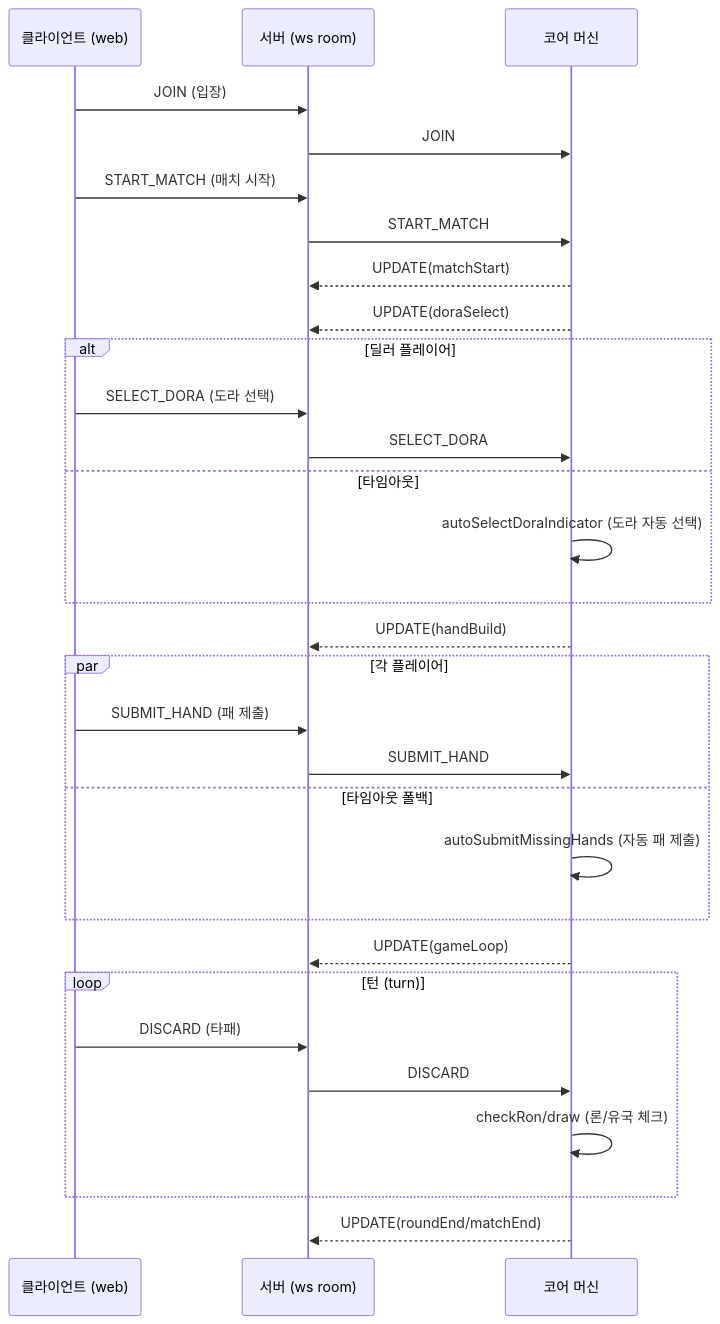
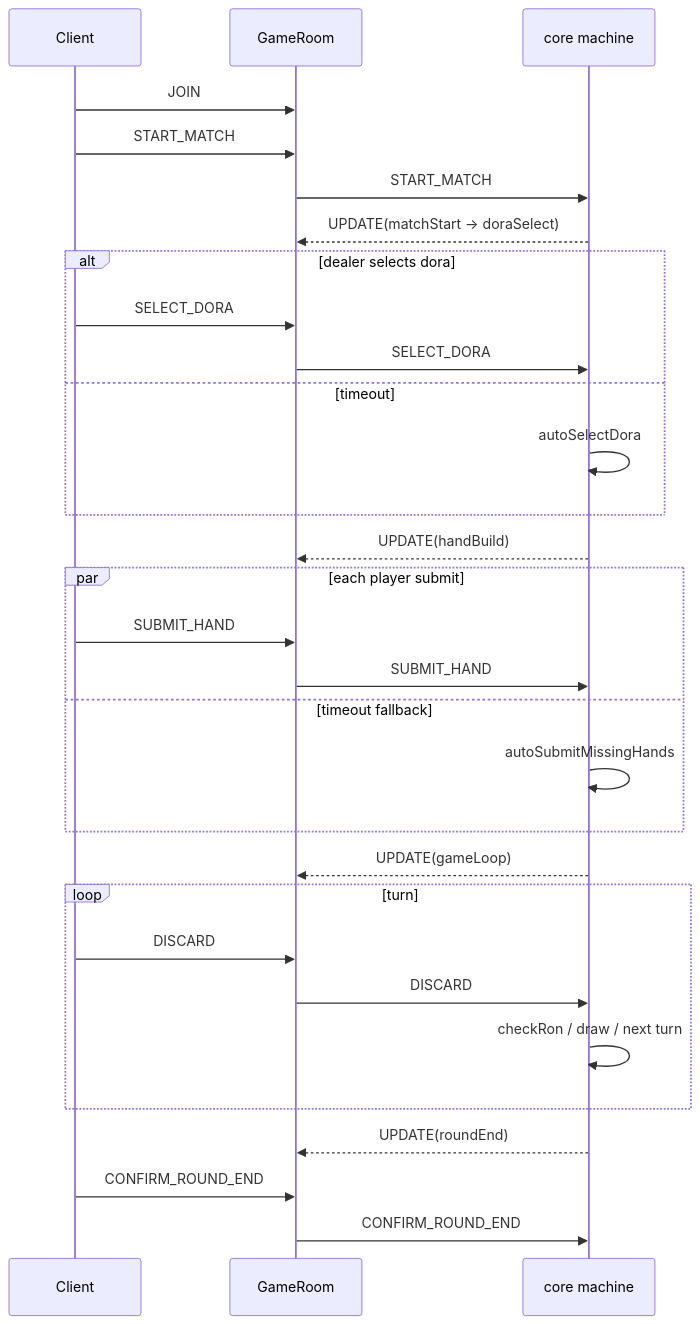
One commit to yomania/step13 changed the second of 2 diagrams in docs/system-flow.md. Above: the diagram before and after it, drawn with Mermaid. The commit also changed other lines of this file and 6 other files, not shown here.

````diff
--- a/docs/system-flow.md
+++ b/docs/system-flow.md
@@ -5,39 +24,39 @@
 ```mermaid
 sequenceDiagram
-    participant C as 클라이언트 (web)
-    participant S as 서버 (ws room)
-    participant M as 코어 머신
+    participant C as Client
+    participant S as GameRoom
+    participant M as core machine
 
-    C->>S: JOIN (입장)
-    S->>M: JOIN
-    C->>S: START_MATCH (매치 시작)
+    C->>S: JOIN
+    C->>S: START_MATCH
     S->>M: START_MATCH
-    M-->>S: UPDATE(matchStart)
-    M-->>S: UPDATE(doraSelect)
+    M-->>S: UPDATE(matchStart -> doraSelect)
 
-    alt 딜러 플레이어
-        C->>S: SELECT_DORA (도라 선택)
+    alt dealer selects dora
+        C->>S: SELECT_DORA
         S->>M: SELECT_DORA
-    else 타임아웃
-        M->>M: autoSelectDoraIndicator (도라 자동 선택)
+    else timeout
+        M->>M: autoSelectDora
     end
 
     M-->>S: UPDATE(handBuild)
 
-    par 각 플레이어
-        C->>S: SUBMIT_HAND (패 제출)
+    par each player submit
+        C->>S: SUBMIT_HAND
         S->>M: SUBMIT_HAND
-    and 타임아웃 폴백
-        M->>M: autoSubmitMissingHands (자동 패 제출)
+    and timeout fallback
+        M->>M: autoSubmitMissingHands
     end
 
     M-->>S: UPDATE(gameLoop)
 
-    loop 턴 (turn)
-        C->>S: DISCARD (타패)
+    loop turn
+        C->>S: DISCARD
         S->>M: DISCARD
-        M->>M: checkRon/draw (론/유국 체크)
+        M->>M: checkRon / draw / next turn
     end
 
-    M-->>S: UPDATE(roundEnd/matchEnd)
+    M-->>S: UPDATE(roundEnd)
+    C->>S: CONFIRM_ROUND_END
+    S->>M: CONFIRM_ROUND_END
 ```
````
